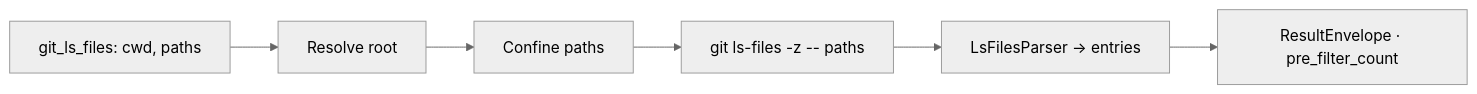
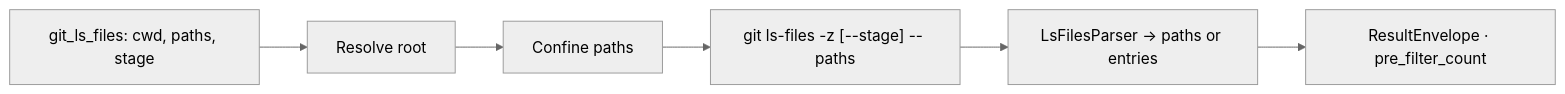
One commit to brenordv/mcp-toolset changed the ninth of 14 diagrams in src/RaccoonNinja.McpToolset.Server.GitOps/README.md. Above: the diagram before and after it, drawn with Mermaid (neutral theme). The commit also changed other lines of this file and 34 other files, not shown here.

Commit message:
Introduce `git_file_at_ref` tool, new GitOps models, parsers, and tests for enhanced git object management. Add `stage` flag to `git_ls_files` tool.

````diff
--- a/src/RaccoonNinja.McpToolset.Server.GitOps/README.md
+++ b/src/RaccoonNinja.McpToolset.Server.GitOps/README.md
@@ -251,8 +297,8 @@
 ```mermaid
 flowchart LR
-    A[git_ls_files: cwd, paths] --> B[Resolve root]
+    A[git_ls_files: cwd, paths, stage] --> B[Resolve root]
     B --> C[Confine paths]
-    C --> D["git ls-files -z -- paths"]
-    D --> E[LsFilesParser → entries]
+    C --> D["git ls-files -z [--stage] -- paths"]
+    D --> E[LsFilesParser → paths or entries]
     E --> F[ResultEnvelope · pre_filter_count]
 ```
````
